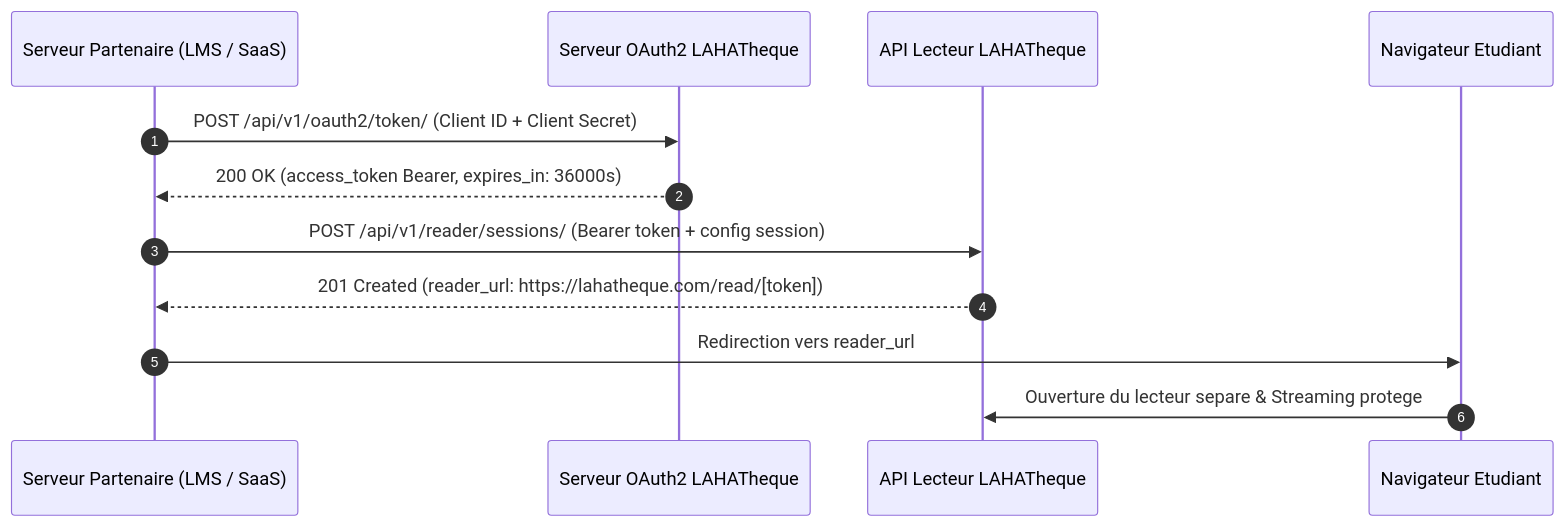
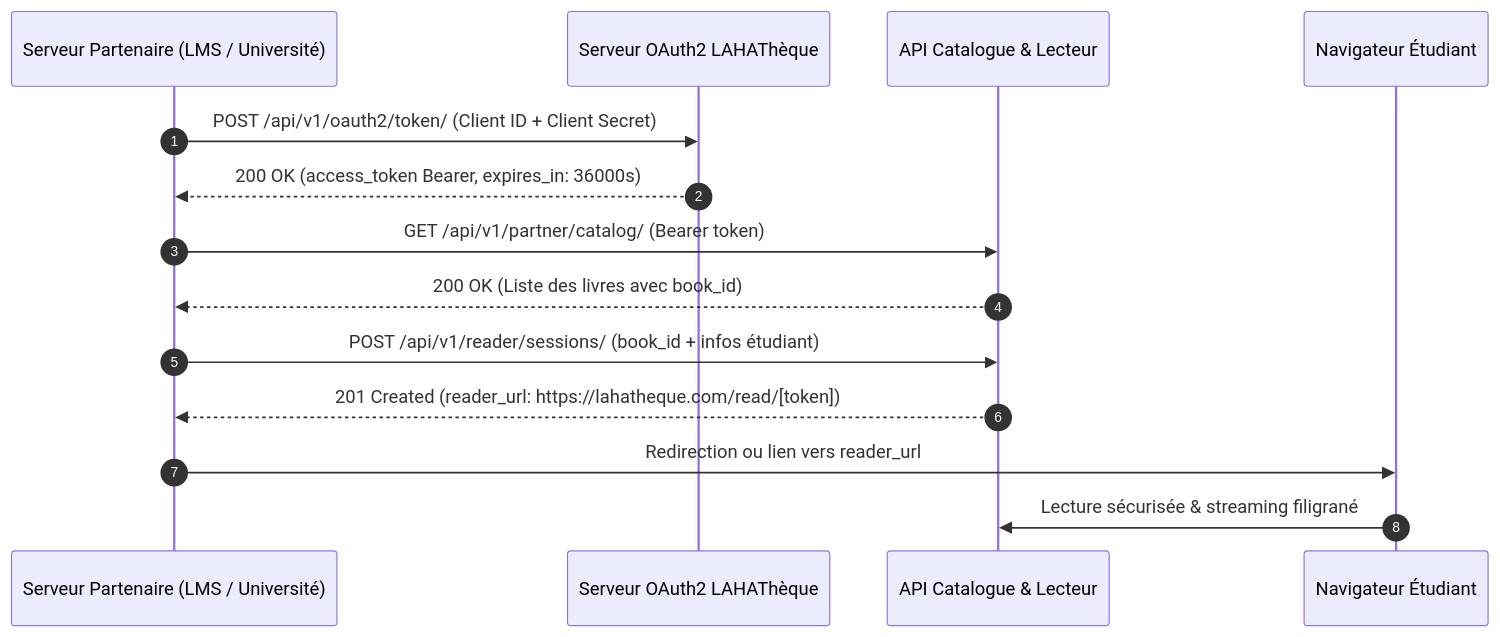
One commit to Curtis1706/Lahatheque changed the diagram in DOCUMENTATION_API_LAHATHÈQUE.md. Above: the diagram before and after it, drawn with Mermaid. The commit also changed other lines of this file and 4 other files, not shown here.

Commit message:
feat: add admin dashboard page for managing partner API keys and access configurations

````diff
--- a/DOCUMENTATION_API_LAHATHÈQUE.md
+++ b/DOCUMENTATION_API_LAHATHÈQUE.md
@@ -71,15 +73,17 @@
 ```mermaid
 sequenceDiagram
     autonumber
-    participant Partner as Serveur Partenaire (LMS / SaaS)
-    participant Auth as Serveur OAuth2 LAHATheque
-    participant ReaderAPI as API Lecteur LAHATheque
-    participant UserBrowser as Navigateur Etudiant
+    participant Partner as Serveur Partenaire (LMS / Université)
+    participant Auth as Serveur OAuth2 LAHAThèque
+    participant API as API Catalogue & Lecteur
+    participant Student as Navigateur Étudiant
 
     Partner->>Auth: POST /api/v1/oauth2/token/ (Client ID + Client Secret)
     Auth-->>Partner: 200 OK (access_token Bearer, expires_in: 36000s)
-    Partner->>ReaderAPI: POST /api/v1/reader/sessions/ (Bearer token + config session)
-    ReaderAPI-->>Partner: 201 Created (reader_url: https://lahatheque.com/read/[token])
-    Partner->>UserBrowser: Redirection vers reader_url
-    UserBrowser->>ReaderAPI: Ouverture du lecteur separe & Streaming protege
+    Partner->>API: GET /api/v1/partner/catalog/ (Bearer token)
+    API-->>Partner: 200 OK (Liste des livres avec book_id)
+    Partner->>API: POST /api/v1/reader/sessions/ (book_id + infos étudiant)
+    API-->>Partner: 201 Created (reader_url: https://lahatheque.com/read/[token])
+    Partner->>Student: Redirection ou lien vers reader_url
+    Student->>API: Lecture sécurisée & streaming filigrané
 ```
````
